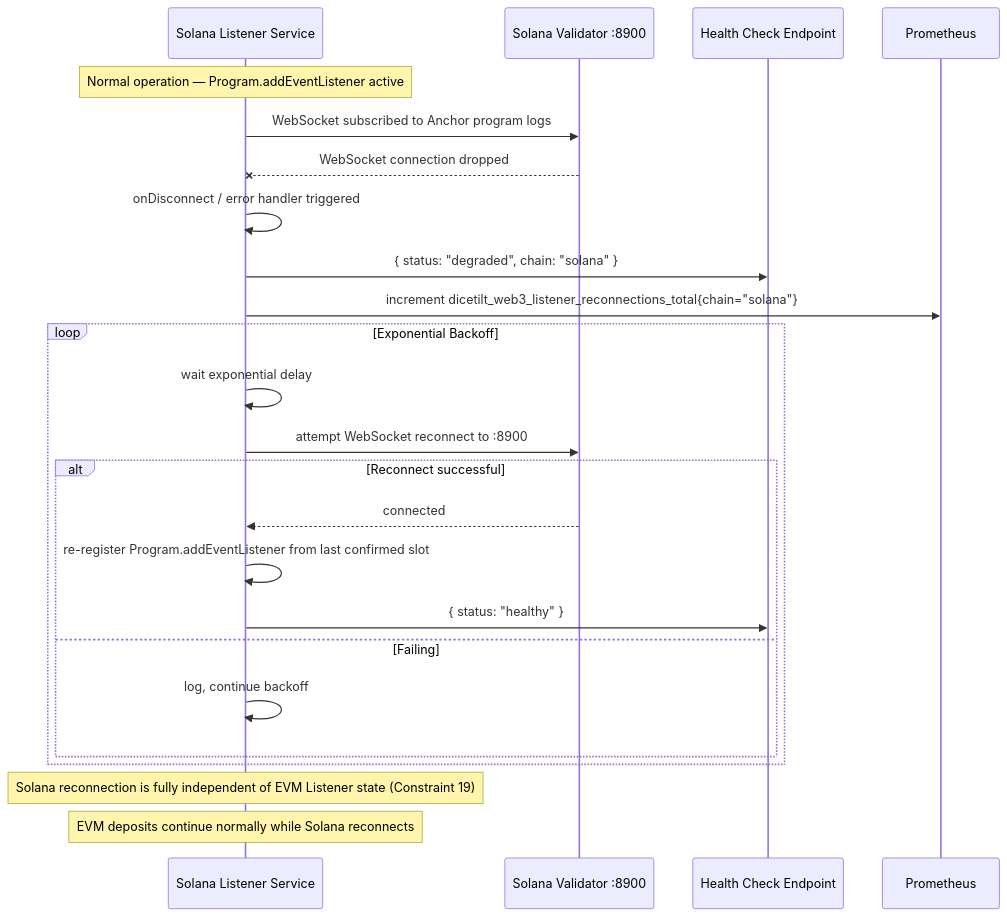
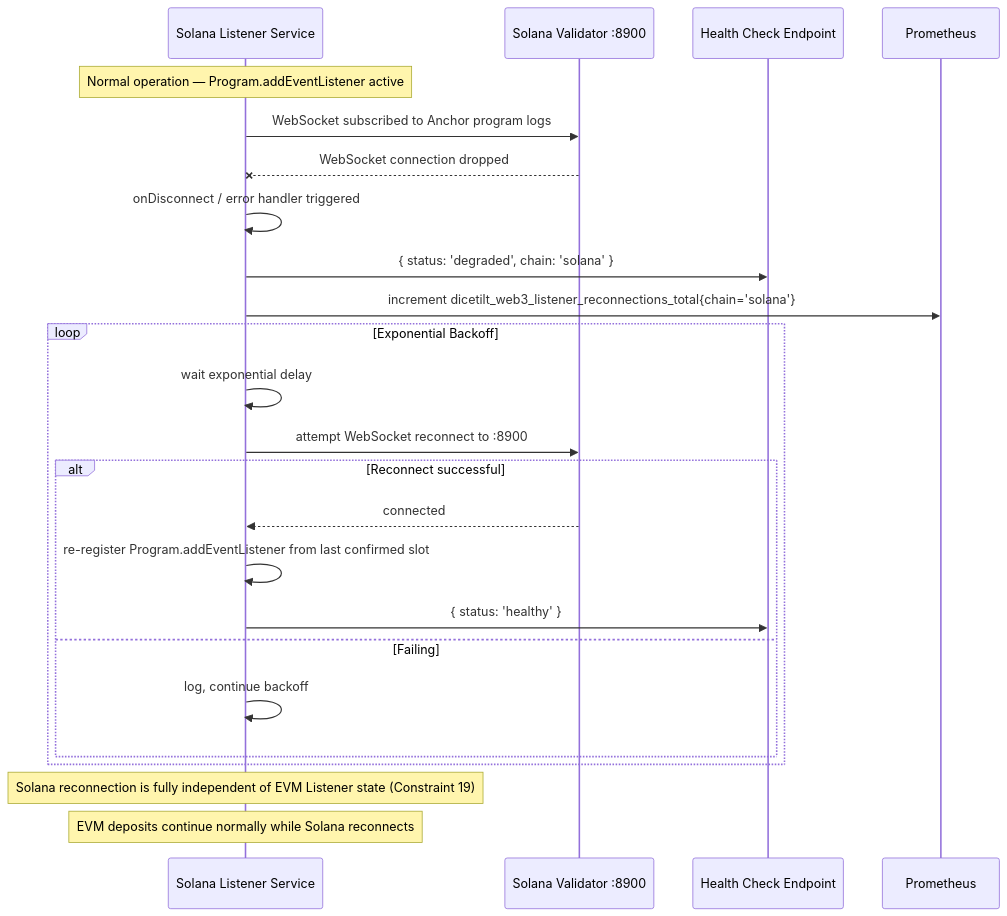
One commit to Fennzo/DiceTilt changed the ninth of 9 diagrams in documentation/blockchain-flows.md. Above: the diagram before and after it, drawn with Mermaid. The commit also changed other lines of this file and 16 other files, not shown here.

````diff
--- a/documentation/blockchain-flows.md
+++ b/documentation/blockchain-flows.md
@@ -374,30 +377,30 @@
 ```mermaid
 sequenceDiagram
     participant SL as Solana Listener Service
     participant SolVal as Solana Validator :8900
     participant Health as Health Check Endpoint
     participant Prom as Prometheus
 
     Note over SL: Normal operation — Program.addEventListener active
     SL->>SolVal: WebSocket subscribed to Anchor program logs
 
     SolVal--xSL: WebSocket connection dropped
     SL->>SL: onDisconnect / error handler triggered
-    SL->>Health: { status: "degraded", chain: "solana" }
-    SL->>Prom: increment dicetilt_web3_listener_reconnections_total{chain="solana"}
+    SL->>Health: { status: 'degraded', chain: 'solana' }
+    SL->>Prom: increment dicetilt_web3_listener_reconnections_total{chain='solana'}
 
     loop Exponential Backoff
         SL->>SL: wait exponential delay
         SL->>SolVal: attempt WebSocket reconnect to :8900
         alt Reconnect successful
             SolVal-->>SL: connected
             SL->>SL: re-register Program.addEventListener from last confirmed slot
-            SL->>Health: { status: "healthy" }
+            SL->>Health: { status: 'healthy' }
         else Failing
             SL->>SL: log, continue backoff
         end
     end
 
     Note over SL: Solana reconnection is fully independent of EVM Listener state (Constraint 19)
     Note over SL: EVM deposits continue normally while Solana reconnects
 ```
````
